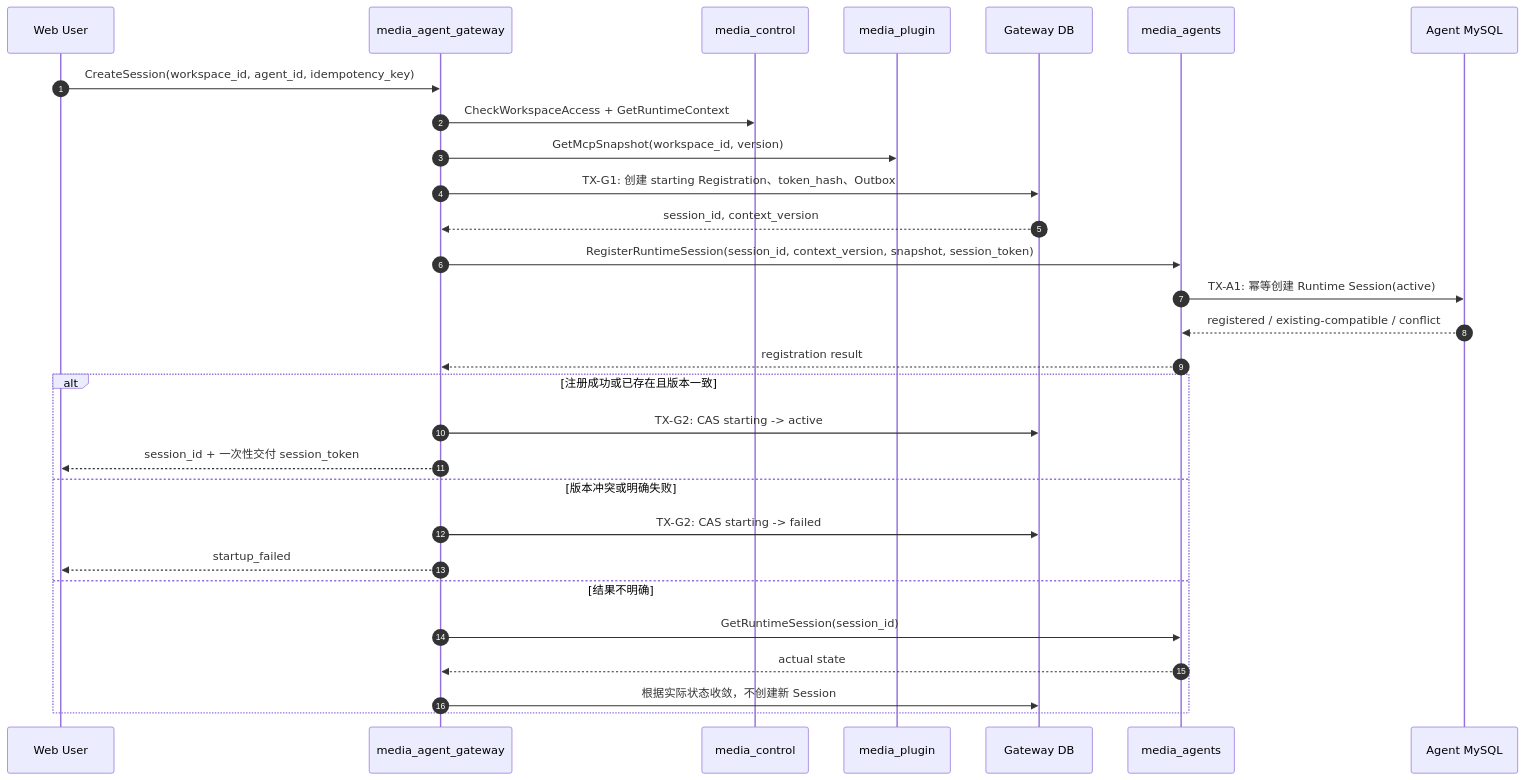
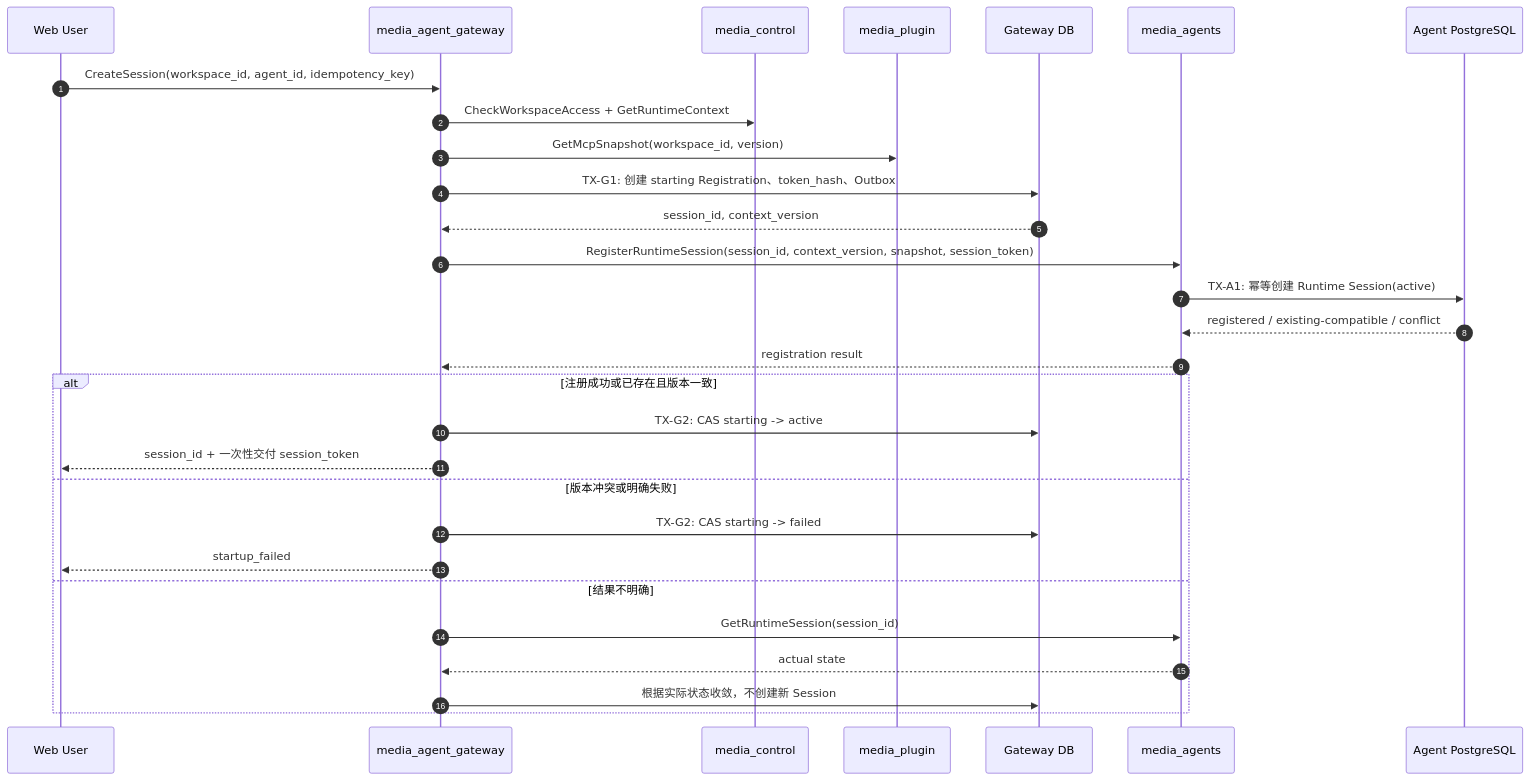
Before and after one commit to hotttao/media_agent: the diagram in docs/ddd/workflow/0002-agent-session-startup/agent_session_startup.md, drawn with Mermaid. The commit also changed other lines of this file and 70 other files, not shown here.

````diff
--- a/docs/ddd/workflow/0002-agent-session-startup/agent_session_startup.md
+++ b/docs/ddd/workflow/0002-agent-session-startup/agent_session_startup.md
@@ -29,32 +29,32 @@
 ```mermaid
 sequenceDiagram
     autonumber
     participant U as Web User
     participant G as media_agent_gateway
     participant C as media_control
     participant P as media_plugin
     participant GD as Gateway DB
     participant A as media_agents
-    participant AD as Agent MySQL
+    participant AD as Agent PostgreSQL
 
     U->>G: CreateSession(workspace_id, agent_id, idempotency_key)
     G->>C: CheckWorkspaceAccess + GetRuntimeContext
     G->>P: GetMcpSnapshot(workspace_id, version)
     G->>GD: TX-G1: 创建 starting Registration、token_hash、Outbox
     GD-->>G: session_id, context_version
     G->>A: RegisterRuntimeSession(session_id, context_version, snapshot, session_token)
     A->>AD: TX-A1: 幂等创建 Runtime Session(active)
     AD-->>A: registered / existing-compatible / conflict
     A-->>G: registration result
     alt 注册成功或已存在且版本一致
         G->>GD: TX-G2: CAS starting -> active
         G-->>U: session_id + 一次性交付 session_token
     else 版本冲突或明确失败
         G->>GD: TX-G2: CAS starting -> failed
         G-->>U: startup_failed
     else 结果不明确
         G->>A: GetRuntimeSession(session_id)
         A-->>G: actual state
         G->>GD: 根据实际状态收敛，不创建新 Session
     end
 ```
````
